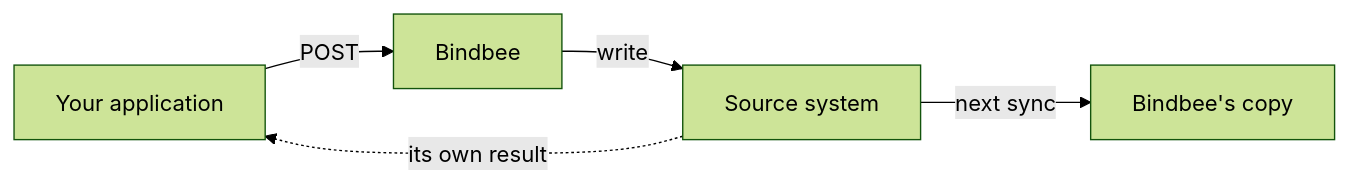
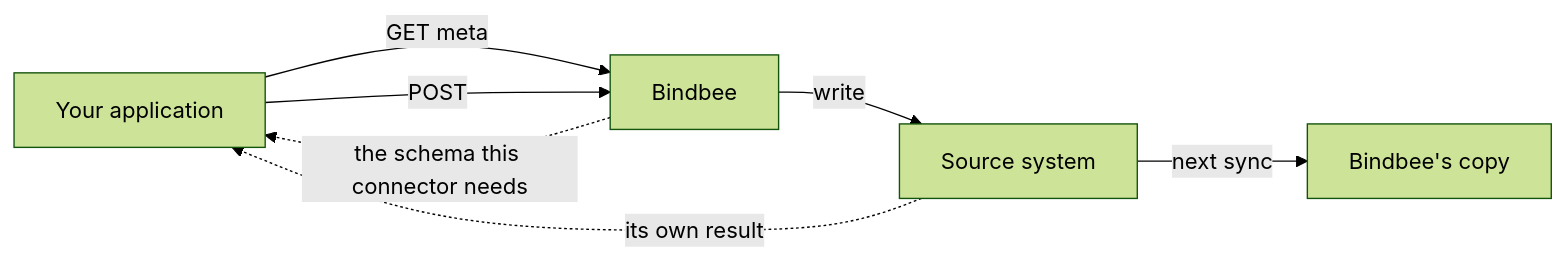
One commit to kaval1810/bindbee-docs-test changed the second of 2 diagrams in guides/reading-writing/overview.mdx. Above: the diagram before and after it, drawn with Mermaid (forest theme).

Commit message:
Show the meta call in the write path diagram
The first asymmetry says you ask the connector for its schema before
writing, but the diagram went straight to POST - so the step the section
leads with was the one step missing from the picture.

Two edges added: the meta request, and the schema coming back. Dotted for
the return, matching the read diagram's convention that a dotted edge is
something arriving at your application.

````diff
--- a/guides/reading-writing/overview.mdx
+++ b/guides/reading-writing/overview.mdx
@@ -42,7 +42,9 @@
 ```mermaid
 flowchart LR
-    YOU["Your application"] -->|POST| BB["Bindbee"]
+    YOU["Your application"] -->|"GET meta"| BB["Bindbee"]
+    BB -.->|"the schema this connector needs"| YOU
+    YOU -->|POST| BB
     BB -->|write| SRC["Source system"]
     SRC -.->|"its own result"| YOU
     SRC -->|"next sync"| COPY["Bindbee's copy"]
 ```
````
